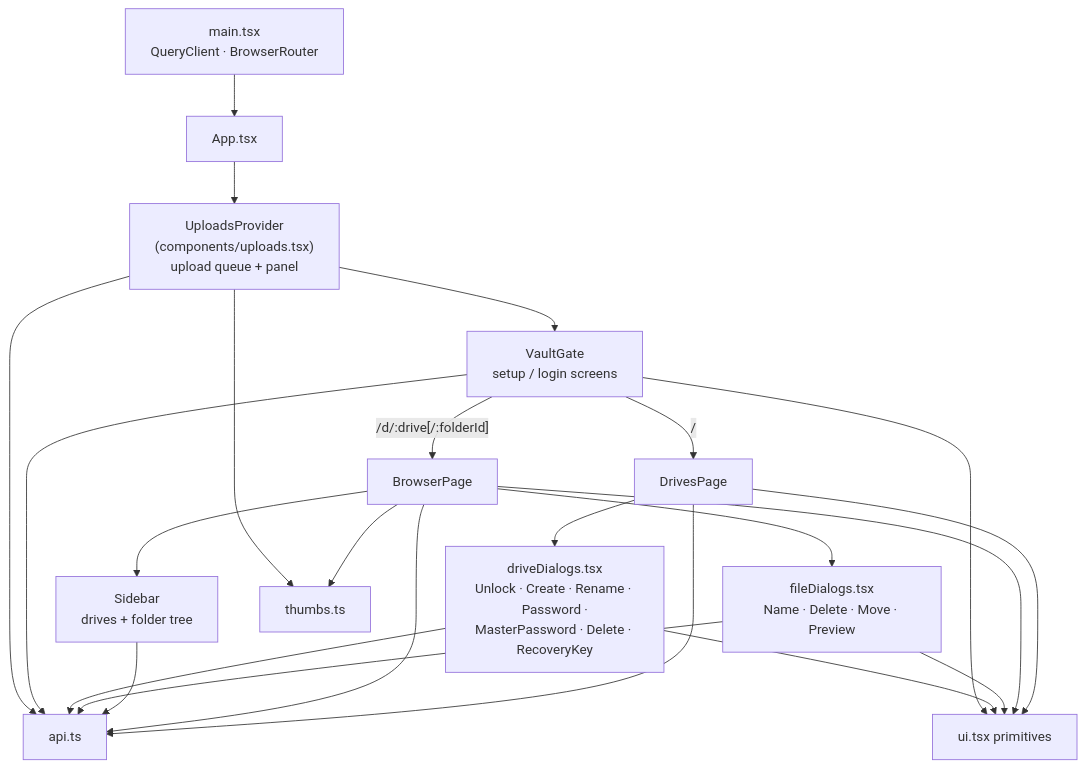
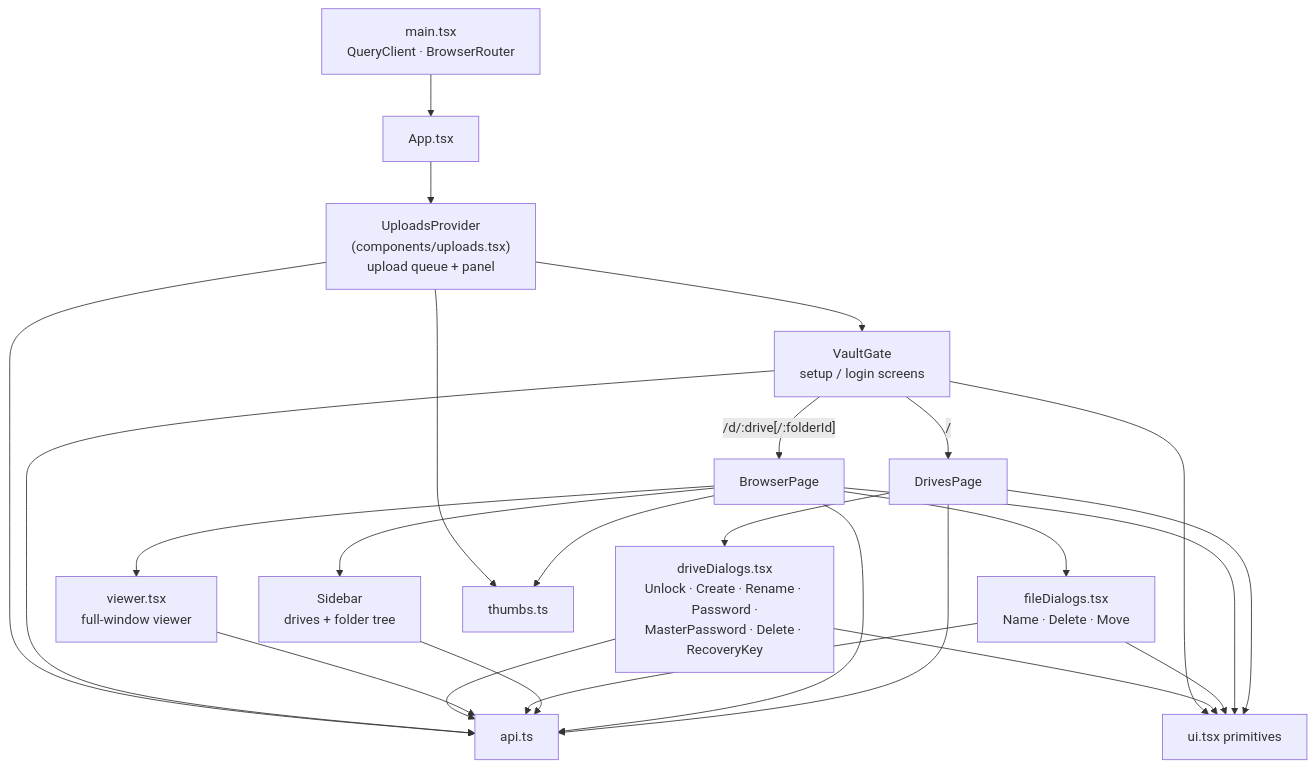
One commit to iusekarma/tgdrive changed the first of 2 diagrams in docs/frontend.md. Above: the diagram before and after it, drawn with Mermaid. The commit also changed other lines of this file and 17 other files, not shown here.

First line of the commit message:
Add full-window viewer, zip listing and CBZ reader

````diff
--- a/docs/frontend.md
+++ b/docs/frontend.md
@@ -19,15 +20,16 @@
 ```mermaid
 flowchart TD
     main["main.tsx<br/>QueryClient · BrowserRouter"] --> App["App.tsx"]
     App --> UP["UploadsProvider<br/>(components/uploads.tsx)<br/>upload queue + panel"]
     UP --> VG["VaultGate<br/>setup / login screens"]
     VG -->|"/"| DP["DrivesPage"]
     VG -->|"/d/:drive[/:folderId]"| BP["BrowserPage"]
     DP --> DD["driveDialogs.tsx<br/>Unlock · Create · Rename · Password ·<br/>MasterPassword · Delete · RecoveryKey"]
     BP --> SB["Sidebar<br/>drives + folder tree"]
-    BP --> FD["fileDialogs.tsx<br/>Name · Delete · Move · Preview"]
+    BP --> FD["fileDialogs.tsx<br/>Name · Delete · Move"]
+    BP --> VW["viewer.tsx<br/>full-window viewer"]
     BP --> TH["thumbs.ts"]
     UP --> TH
-    DP & BP & SB & FD & DD & VG & UP --> API["api.ts"]
+    DP & BP & SB & FD & VW & DD & VG & UP --> API["api.ts"]
     DP & BP & FD & DD & VG --> UI["ui.tsx primitives"]
 ```
````
